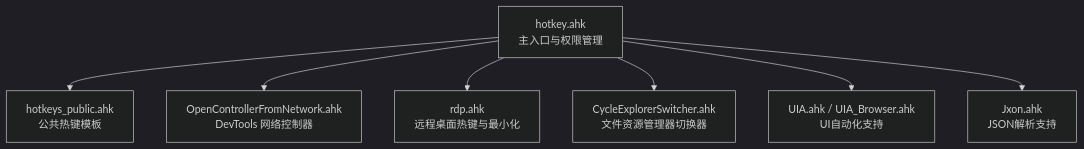
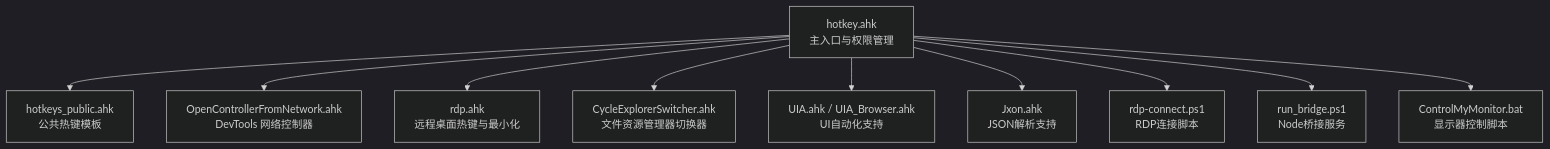
One commit to wangys-123doit/hotkey changed the first of 7 diagrams in .qoder/repowiki/zh/content/核心功能/热键管理系统.md. Above: the diagram before and after it, drawn with Mermaid (dark theme). The commit also changed other lines of this file and 5 other files, not shown here.

````diff
--- a/.qoder/repowiki/zh/content/核心功能/热键管理系统.md
+++ b/.qoder/repowiki/zh/content/核心功能/热键管理系统.md
@@ -31,9 +44,12 @@
 ```mermaid
 graph TB
 A["hotkey.ahk<br/>主入口与权限管理"] --> B["hotkeys_public.ahk<br/>公共热键模板"]
 A --> C["OpenControllerFromNetwork.ahk<br/>DevTools 网络控制器"]
 A --> D["rdp.ahk<br/>远程桌面热键与最小化"]
 A --> E["CycleExplorerSwitcher.ahk<br/>文件资源管理器切换器"]
 A --> F["UIA.ahk / UIA_Browser.ahk<br/>UI自动化支持"]
 A --> G["Jxon.ahk<br/>JSON解析支持"]
+A --> H["rdp-connect.ps1<br/>RDP连接脚本"]
+A --> I["run_bridge.ps1<br/>Node桥接服务"]
+A --> J["ControlMyMonitor.bat<br/>显示器控制脚本"]
 ```
````
